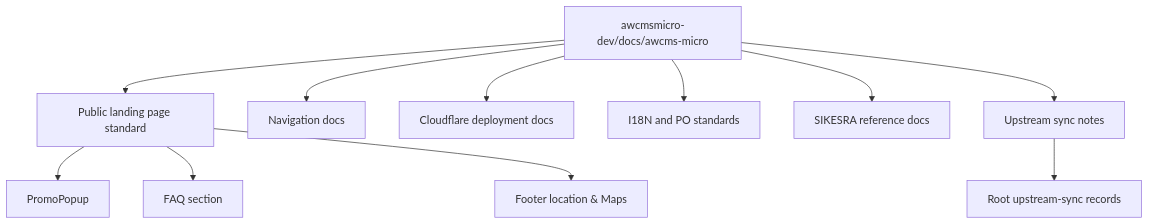
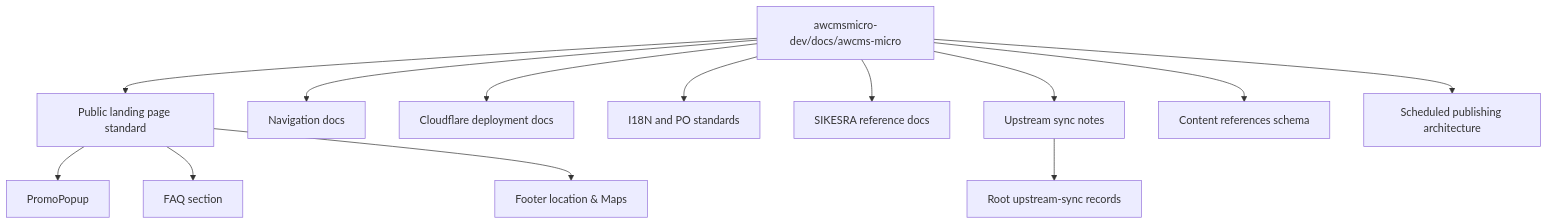
The diagram in awcmsmicro-dev/docs/awcms-micro/README.md (ahliweb/awcms-micro), drawn with Mermaid before and after one commit. The commit also changed other lines of this file and 17 other files, not shown here.

````diff
--- a/awcmsmicro-dev/docs/awcms-micro/README.md
+++ b/awcmsmicro-dev/docs/awcms-micro/README.md
@@ -7,13 +7,15 @@
 ```mermaid
 flowchart TD
   Boundary[awcmsmicro-dev/docs/awcms-micro] --> LandingPage[Public landing page standard]
   Boundary --> Navigation[Navigation docs]
   Boundary --> Deployment[Cloudflare deployment docs]
   Boundary --> I18N[I18N and PO standards]
   Boundary --> Sikesra[SIKESRA reference docs]
   Boundary --> Sync[Upstream sync notes]
+  Boundary --> ContentRefs[Content references schema]
+  Boundary --> ScheduledPub[Scheduled publishing architecture]
   Sync --> RootSync[Root upstream-sync records]
   LandingPage --> Promo[PromoPopup]
   LandingPage --> FAQ[FAQ section]
   LandingPage --> Location[Footer location & Maps]
 ```
````
